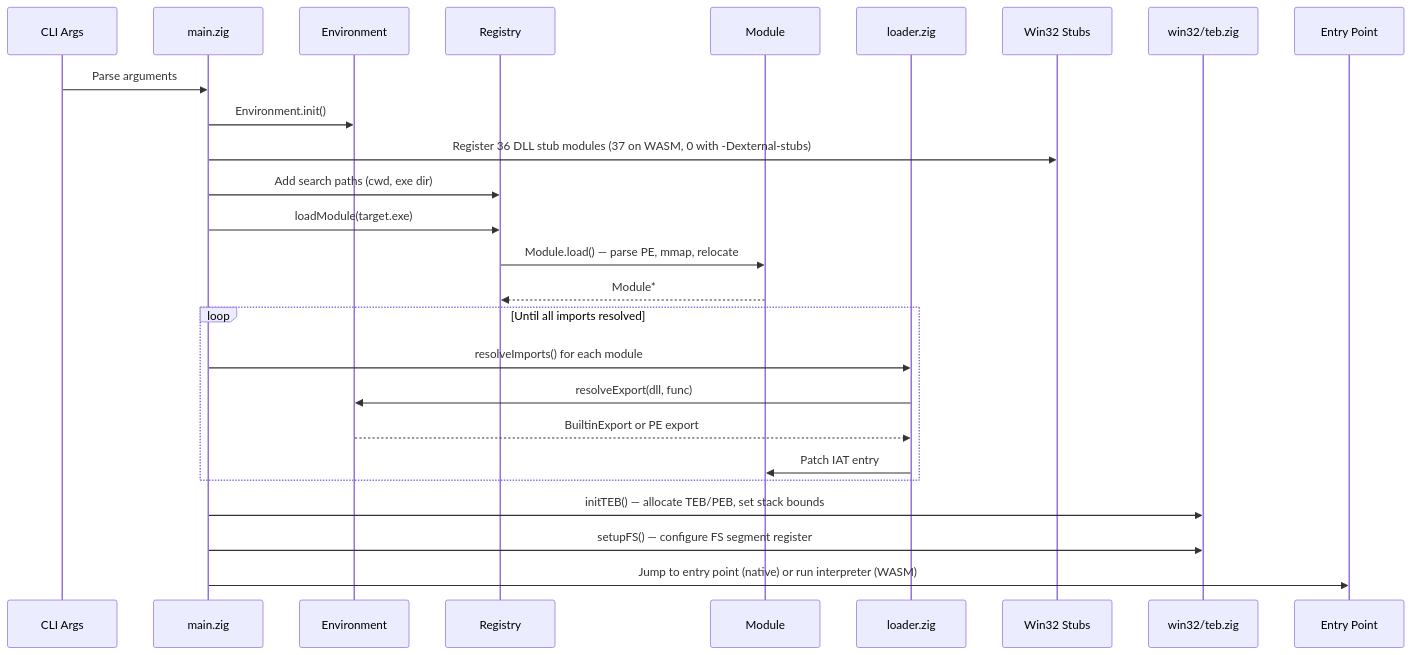
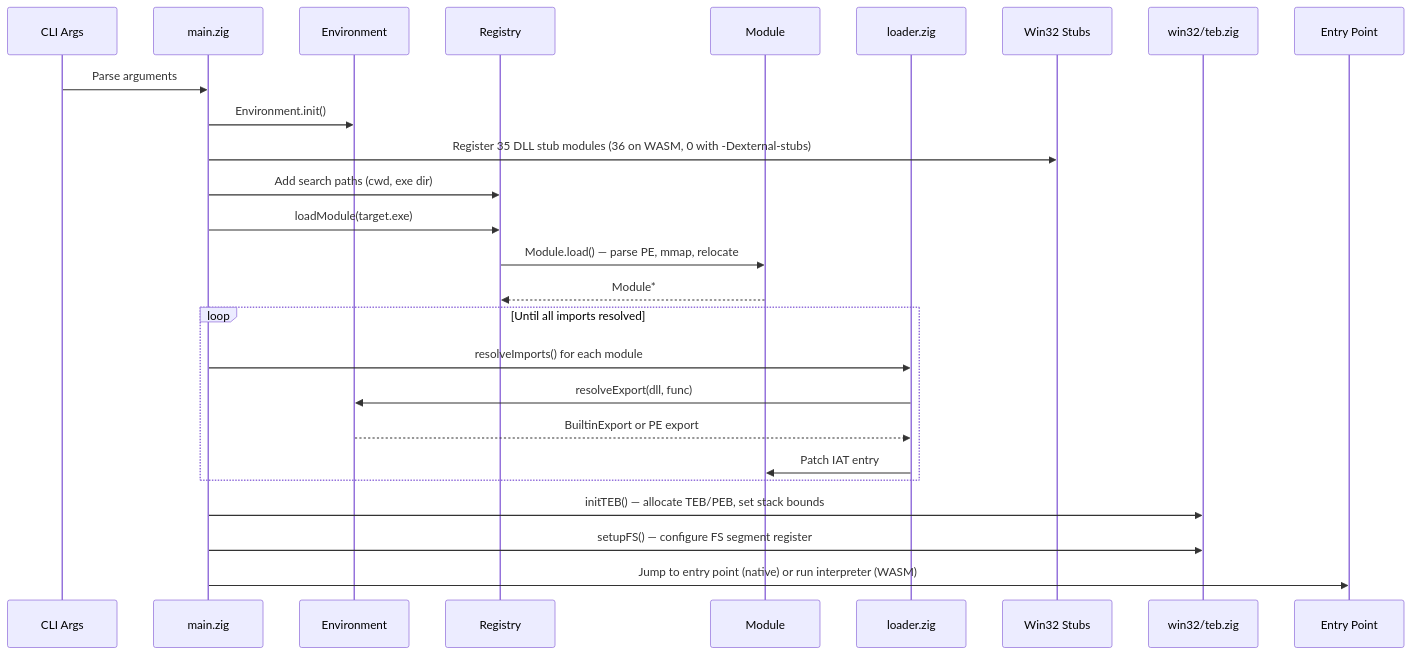
The second of 2 diagrams in docs/ARCHITECTURE.md (maci0/zine), drawn with Mermaid before and after one commit. The commit also changed 7 other files, not shown here.

````diff
--- a/docs/ARCHITECTURE.md
+++ b/docs/ARCHITECTURE.md
@@ -365,29 +365,29 @@
 ```mermaid
 sequenceDiagram
     participant CLI as CLI Args
     participant Main as main.zig
     participant Env as Environment
     participant Reg as Registry
     participant Mod as Module
     participant Loader as loader.zig
     participant Stubs as Win32 Stubs
     participant TEB as win32/teb.zig
     participant EP as Entry Point
 
     CLI->>Main: Parse arguments
     Main->>Env: Environment.init()
-    Main->>Stubs: Register 36 DLL stub modules (37 on WASM, 0 with -Dexternal-stubs)
+    Main->>Stubs: Register 35 DLL stub modules (36 on WASM, 0 with -Dexternal-stubs)
     Main->>Reg: Add search paths (cwd, exe dir)
     Main->>Reg: loadModule(target.exe)
     Reg->>Mod: Module.load() — parse PE, mmap, relocate
     Mod-->>Reg: Module*
     loop Until all imports resolved
         Main->>Loader: resolveImports() for each module
         Loader->>Env: resolveExport(dll, func)
         Env-->>Loader: BuiltinExport or PE export
         Loader->>Mod: Patch IAT entry
     end
     Main->>TEB: initTEB() — allocate TEB/PEB, set stack bounds
     Main->>TEB: setupFS() — configure FS segment register
     Main->>EP: Jump to entry point (native) or run interpreter (WASM)
 ```
````
